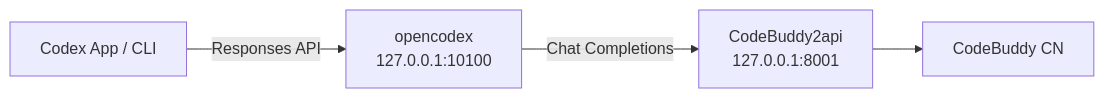
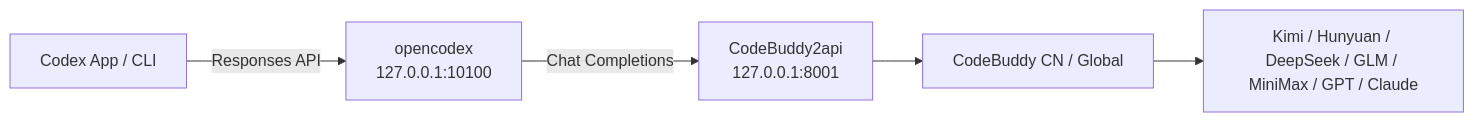
One commit to wuyinhust/codex-buddy changed the diagram in README.md. Above: the diagram before and after it, drawn with Mermaid. The commit also changed other lines of this file, not shown here.

````diff
--- a/README.md
+++ b/README.md
@@ -11,6 +11,7 @@
 ```mermaid
 flowchart LR
     Codex["Codex App / CLI"] -->|Responses API| Gateway["opencodex\n127.0.0.1:10100"]
     Gateway -->|Chat Completions| Proxy["CodeBuddy2api\n127.0.0.1:8001"]
-    Proxy --> CodeBuddy["CodeBuddy CN"]
+    Proxy --> CodeBuddy["CodeBuddy CN / Global"]
+    CodeBuddy --> Models["Kimi / Hunyuan / DeepSeek / GLM / MiniMax / GPT / Claude"]
 ```
````
